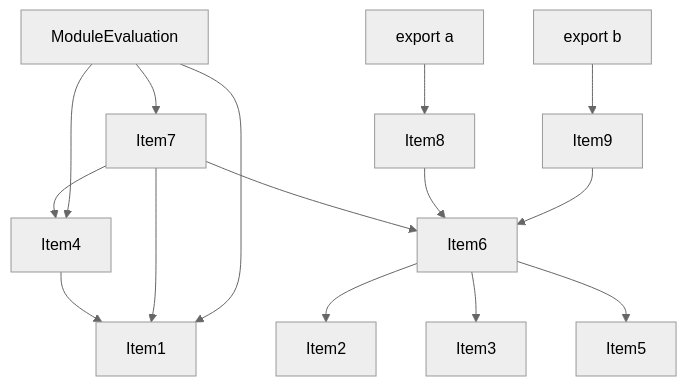
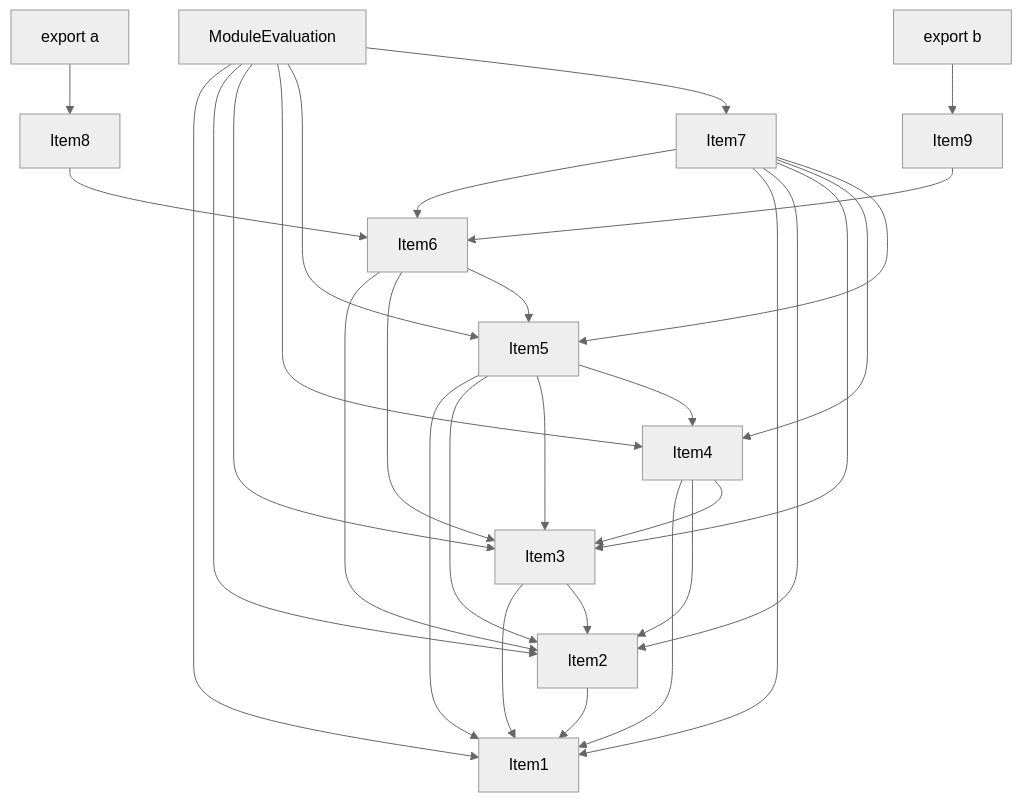
Before and after one commit to vercel/turborepo: the fourth of 5 diagrams in crates/turbopack-ecmascript/tests/tree-shaker/analyzer/shared-and-side-effects/output.md, drawn with Mermaid (neutral theme). The commit also changed other lines of this file and 12 other files, not shown here.

````diff
--- a/crates/turbopack-ecmascript/tests/tree-shaker/analyzer/shared-and-side-effects/output.md
+++ b/crates/turbopack-ecmascript/tests/tree-shaker/analyzer/shared-and-side-effects/output.md
@@ -187,32 +214,47 @@
 ```mermaid
 graph TD
     Item1;
     Item2;
     Item3;
     Item4;
     Item5;
     Item6;
     Item7;
     Item8;
     Item9;
     Item10;
     Item10["ModuleEvaluation"];
     Item11;
     Item11["export a"];
     Item12;
     Item12["export b"];
+    Item2 --> Item1;
+    Item3 --> Item1;
+    Item3 --> Item2;
     Item4 --> Item1;
+    Item4 --> Item2;
+    Item4 --> Item3;
+    Item5 --> Item1;
+    Item5 --> Item2;
+    Item5 --> Item3;
+    Item5 --> Item4;
     Item6 --> Item2;
     Item6 --> Item3;
     Item6 --> Item5;
     Item7 --> Item6;
     Item7 --> Item1;
+    Item7 --> Item2;
+    Item7 --> Item3;
     Item7 --> Item4;
+    Item7 --> Item5;
     Item8 --> Item6;
     Item9 --> Item6;
     Item10 --> Item1;
+    Item10 --> Item2;
+    Item10 --> Item3;
     Item10 --> Item4;
+    Item10 --> Item5;
     Item10 --> Item7;
     Item11 --> Item8;
     Item12 --> Item9;
 ```
````
